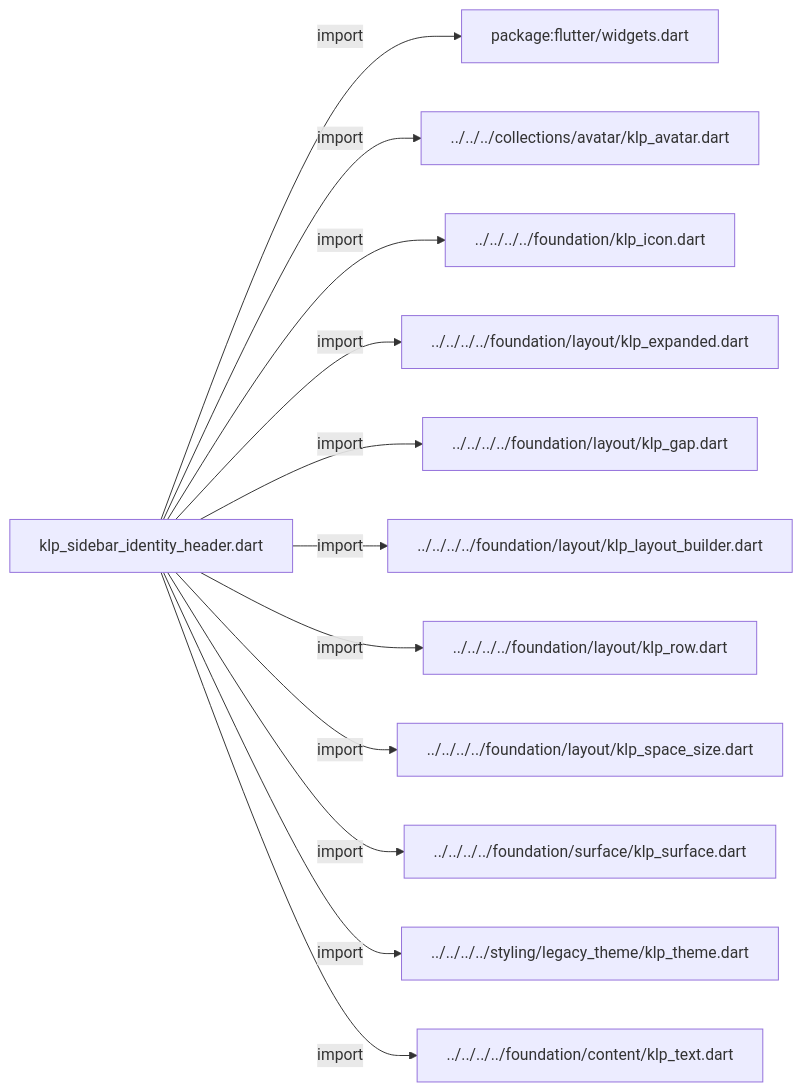
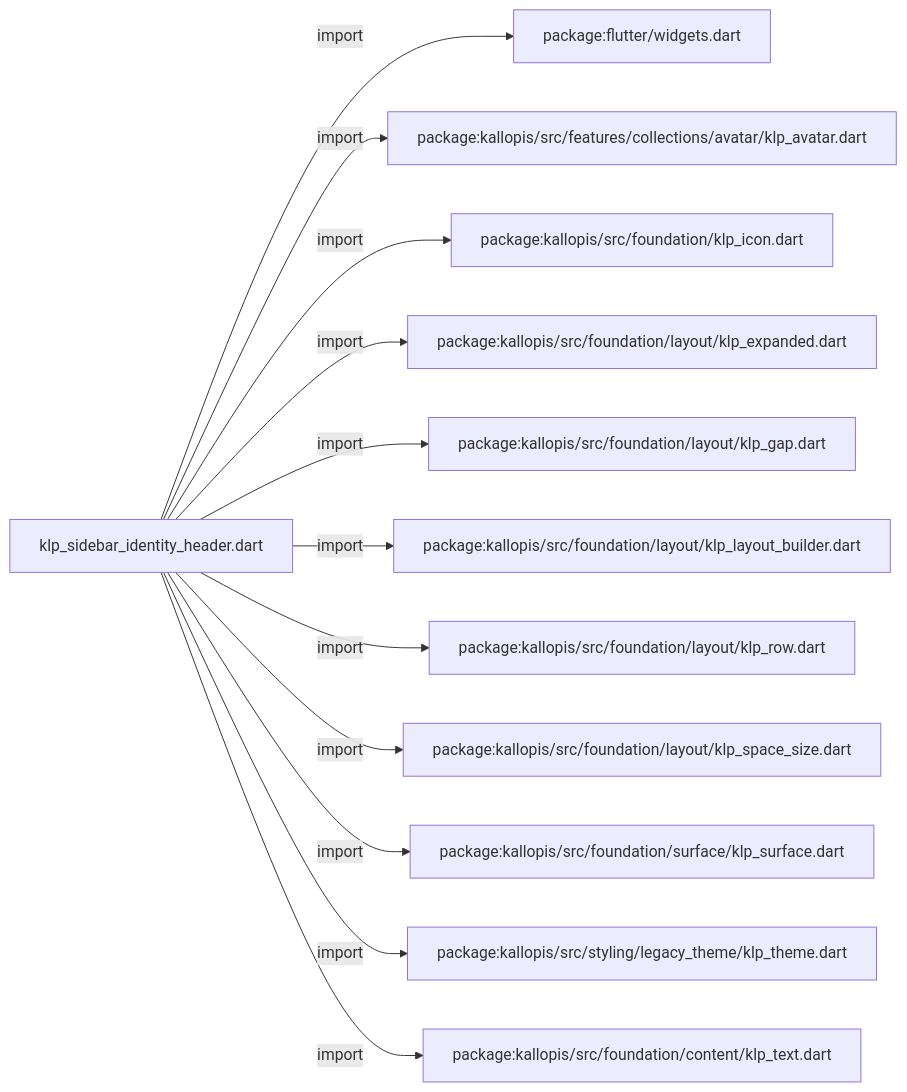
The first of 4 diagrams in docs/architecture/src/features/navigation/widgets/sidebar/klp_sidebar_identity_header.md (MiuDog/Kallopis), drawn with Mermaid before and after one commit. The commit also changed other lines of this file and 9688 other files, not shown here.

Commit message:
Prepare isolated Flow F2 peer baseline

````diff
--- a/docs/architecture/src/features/navigation/widgets/sidebar/klp_sidebar_identity_header.md
+++ b/docs/architecture/src/features/navigation/widgets/sidebar/klp_sidebar_identity_header.md
@@ -11,26 +11,26 @@
 ```mermaid
 flowchart LR
 	n0["klp_sidebar_identity_header.dart"]
 	n1["package:flutter/widgets.dart"]
-	n2["../../../collections/avatar/klp_avatar.dart"]
-	n3["../../../../foundation/klp_icon.dart"]
-	n4["../../../../foundation/layout/klp_expanded.dart"]
-	n5["../../../../foundation/layout/klp_gap.dart"]
-	n6["../../../../foundation/layout/klp_layout_builder.dart"]
-	n7["../../../../foundation/layout/klp_row.dart"]
-	n8["../../../../foundation/layout/klp_space_size.dart"]
-	n9["../../../../foundation/surface/klp_surface.dart"]
-	n10["../../../../styling/legacy_theme/klp_theme.dart"]
-	n11["../../../../foundation/content/klp_text.dart"]
+	n2["package:kallopis/src/features/collections/avatar/klp_avatar.dart"]
+	n3["package:kallopis/src/foundation/klp_icon.dart"]
+	n4["package:kallopis/src/foundation/layout/klp_expanded.dart"]
+	n5["package:kallopis/src/foundation/layout/klp_gap.dart"]
+	n6["package:kallopis/src/foundation/layout/klp_layout_builder.dart"]
+	n7["package:kallopis/src/foundation/layout/klp_row.dart"]
+	n8["package:kallopis/src/foundation/layout/klp_space_size.dart"]
+	n9["package:kallopis/src/foundation/surface/klp_surface.dart"]
+	n10["package:kallopis/src/styling/legacy_theme/klp_theme.dart"]
+	n11["package:kallopis/src/foundation/content/klp_text.dart"]
 	n0 -->|"import"| n1
 	n0 -->|"import"| n2
 	n0 -->|"import"| n3
 	n0 -->|"import"| n4
 	n0 -->|"import"| n5
 	n0 -->|"import"| n6
 	n0 -->|"import"| n7
 	n0 -->|"import"| n8
 	n0 -->|"import"| n9
 	n0 -->|"import"| n10
 	n0 -->|"import"| n11
 ```
````
